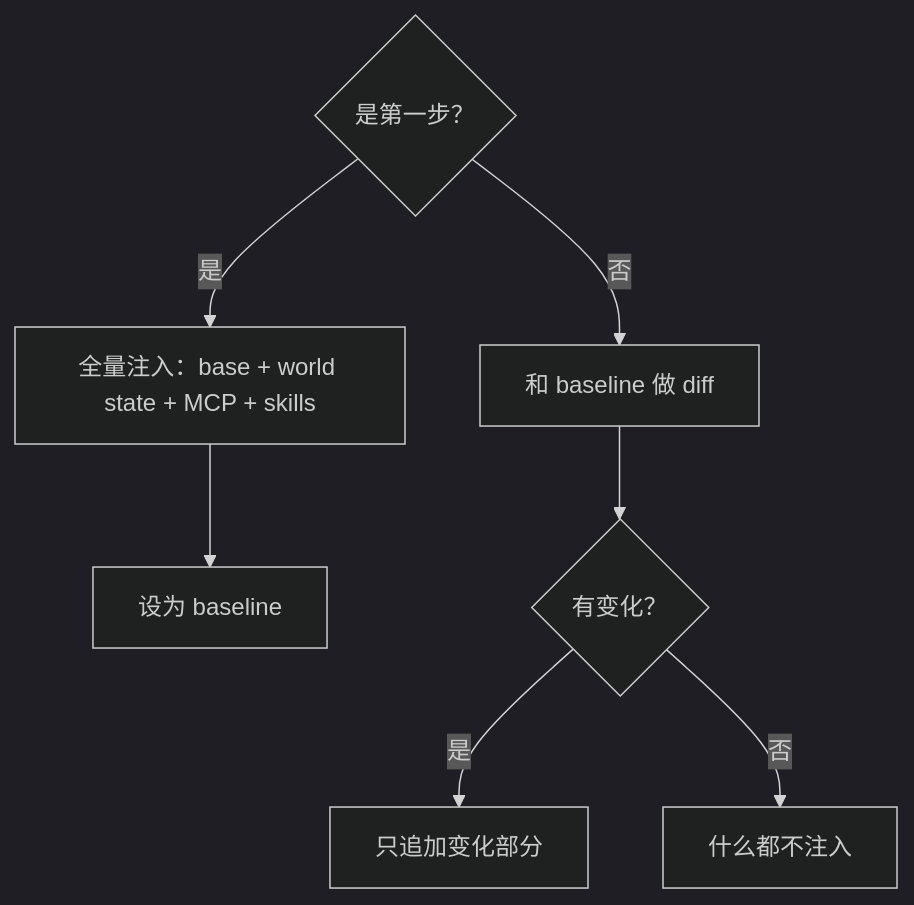
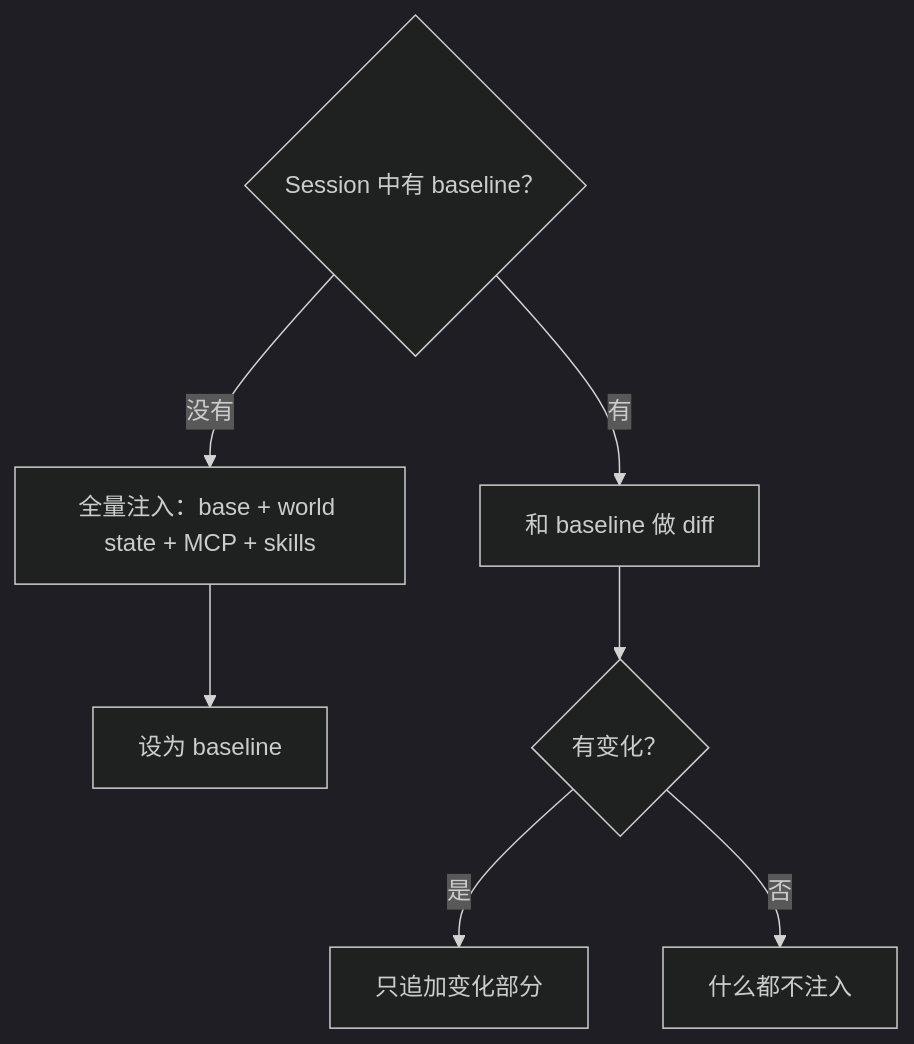
One commit to luochang212/codex-notebook changed the second of 2 diagrams in website/docs/ch04-context-assembly.mdx. Above: the diagram before and after it, drawn with Mermaid (dark theme). The commit also changed other lines of this file and 14 other files, not shown here.

````diff
--- a/website/docs/ch04-context-assembly.mdx
+++ b/website/docs/ch04-context-assembly.mdx
@@ -53,9 +53,9 @@
 ```mermaid
 flowchart TD
-    A{"是第一步？"} -->|是| B["全量注入：base + world state + MCP + skills"]
+    A{"Session 中有 baseline？"} -->|没有| B["全量注入：base + world state + MCP + skills"]
     B --> C["设为 baseline"]
-    A -->|否| D["和 baseline 做 diff"]
+    A -->|有| D["和 baseline 做 diff"]
     D --> E{"有变化？"}
     E -->|是| F["只追加变化部分"]
     E -->|否| G["什么都不注入"]
 ```
````
